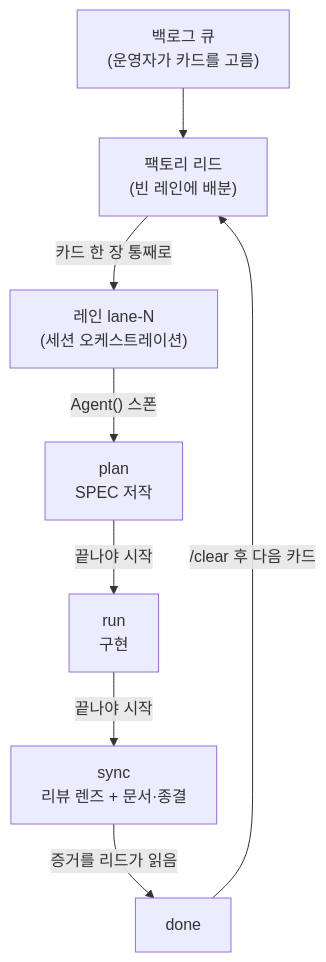
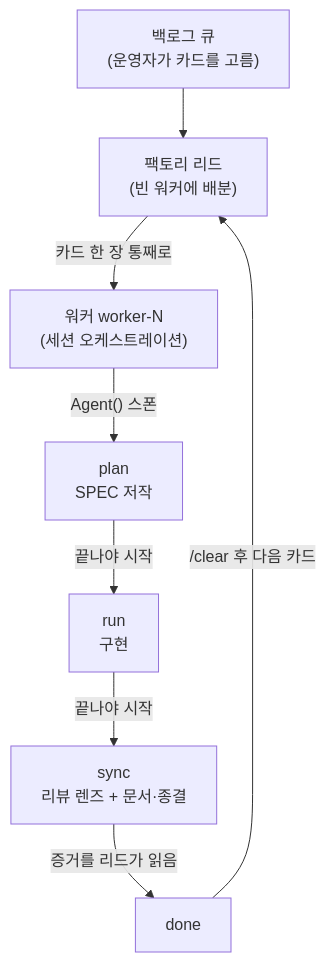
One commit to modu-ai/moai-adk changed the diagram in docs-site/content/ko/advanced/factory-mode.md. Above: the diagram before and after it, drawn with Mermaid. The commit also changed other lines of this file and 23 other files, not shown here.

````diff
--- a/docs-site/content/ko/advanced/factory-mode.md
+++ b/docs-site/content/ko/advanced/factory-mode.md
@@ -63,10 +70,10 @@
 ```mermaid
 flowchart TD
-    Queue["백로그 큐<br/>(운영자가 카드를 고름)"] --> Lead["팩토리 리드<br/>(빈 레인에 배분)"]
-    Lead -->|"카드 한 장 통째로"| Lane["레인 lane-N<br/>(세션 오케스트레이션)"]
-    Lane -->|"Agent() 스폰"| Plan["plan<br/>SPEC 저작"]
+    Queue["백로그 큐<br/>(운영자가 카드를 고름)"] --> Lead["팩토리 리드<br/>(빈 워커에 배분)"]
+    Lead -->|"카드 한 장 통째로"| Worker["워커 worker-N<br/>(세션 오케스트레이션)"]
+    Worker -->|"Agent() 스폰"| Plan["plan<br/>SPEC 저작"]
     Plan -->|"끝나야 시작"| Run["run<br/>구현"]
     Run -->|"끝나야 시작"| Sync["sync<br/>리뷰 렌즈 + 문서·종결"]
     Sync -->|"증거를 리드가 읽음"| Done["done"]
     Done -->|"/clear 후 다음 카드"| Lead
 ```
````
